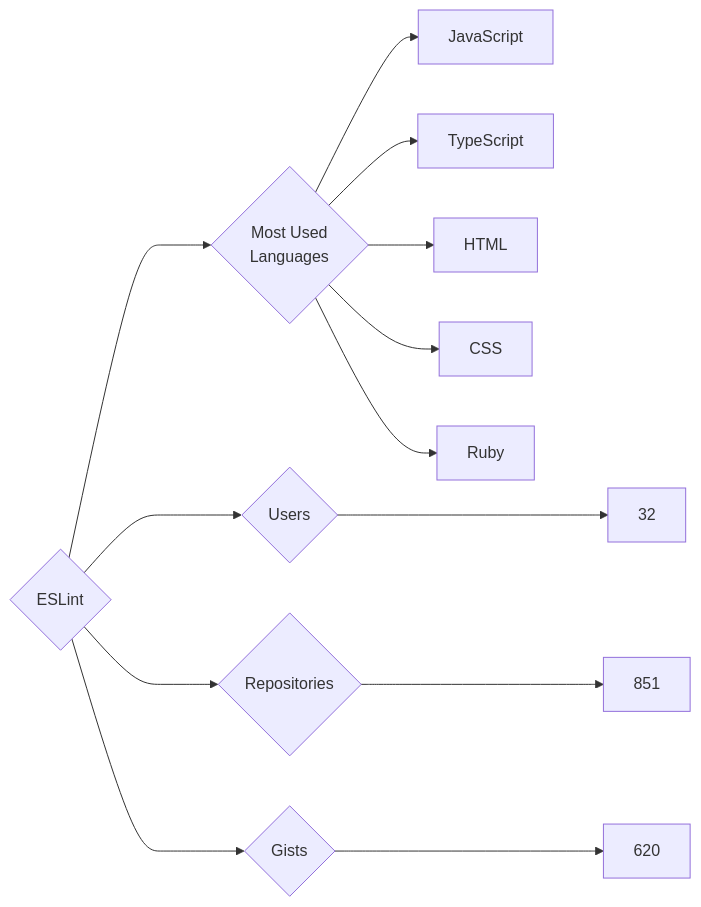
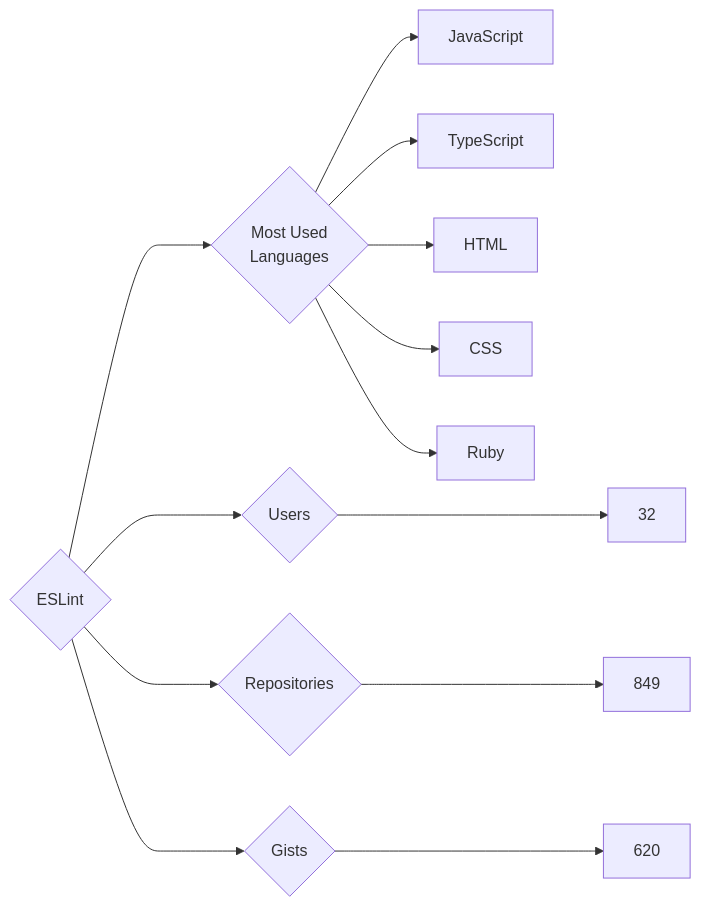
The diagram in targets/ESLint/README.md (trickest/insiders), drawn with Mermaid before and after one commit. The commit also changed 629 other files, not shown here.

````diff
--- a/targets/ESLint/README.md
+++ b/targets/ESLint/README.md
@@ -3,13 +3,13 @@
 ```mermaid
 graph LR
 COMPANY_NAME{ESLint}
 COMPANY_NAME ---> U{Users} ---> UN[32]
-COMPANY_NAME ---> R{Repositories} ---> RN[851]
+COMPANY_NAME ---> R{Repositories} ---> RN[849]
 COMPANY_NAME ---> G{Gists} ---> GN[620]
 COMPANY_NAME ---> ML{Most Used<br>Languages}
 ML --> JavaScript[JavaScript]
 ML --> TypeScript[TypeScript]
 ML --> HTML[HTML]
 ML --> CSS[CSS]
 ML --> Ruby[Ruby]
 ```
````
